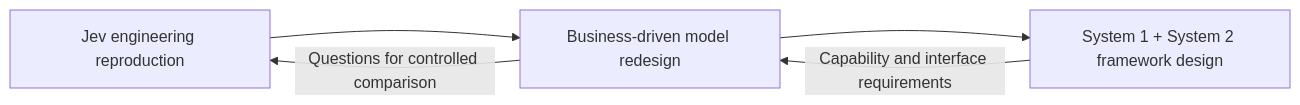
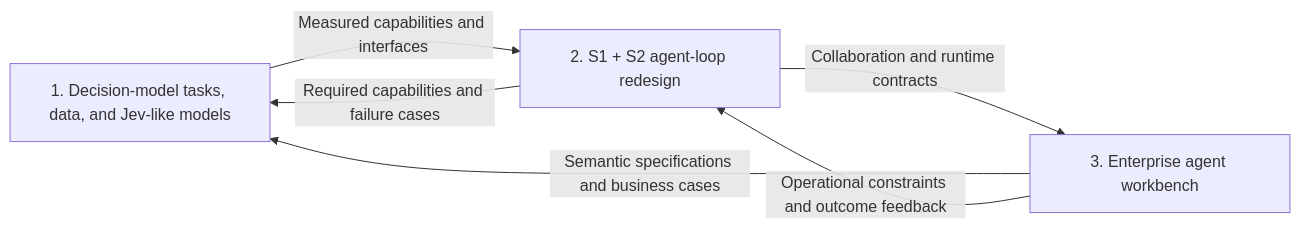
The diagram in README.md (chaosxingxc-orion/nga), drawn with Mermaid before and after one commit. The commit also changed other lines of this file and 1 other file, not shown here.

Commit message:
docs: define three NGA projects and enterprise semantic governance

````diff
--- a/README.md
+++ b/README.md
@@ -21,7 +19,8 @@
 ```mermaid
 flowchart LR
-    A["Jev engineering reproduction"] --> B["Business-driven model redesign"]
-    B --> C["System 1 + System 2 framework design"]
-    C -->|"Capability and interface requirements"| B
-    B -->|"Questions for controlled comparison"| A
+    M["1. Decision-model tasks, data, and Jev-like models"] -->|"Measured capabilities and interfaces"| L["2. S1 + S2 agent-loop redesign"]
+    L -->|"Collaboration and runtime contracts"| W["3. Enterprise agent workbench"]
+    L -->|"Required capabilities and failure cases"| M
+    W -->|"Semantic specifications and business cases"| M
+    W -->|"Operational constraints and outcome feedback"| L
 ```
````
